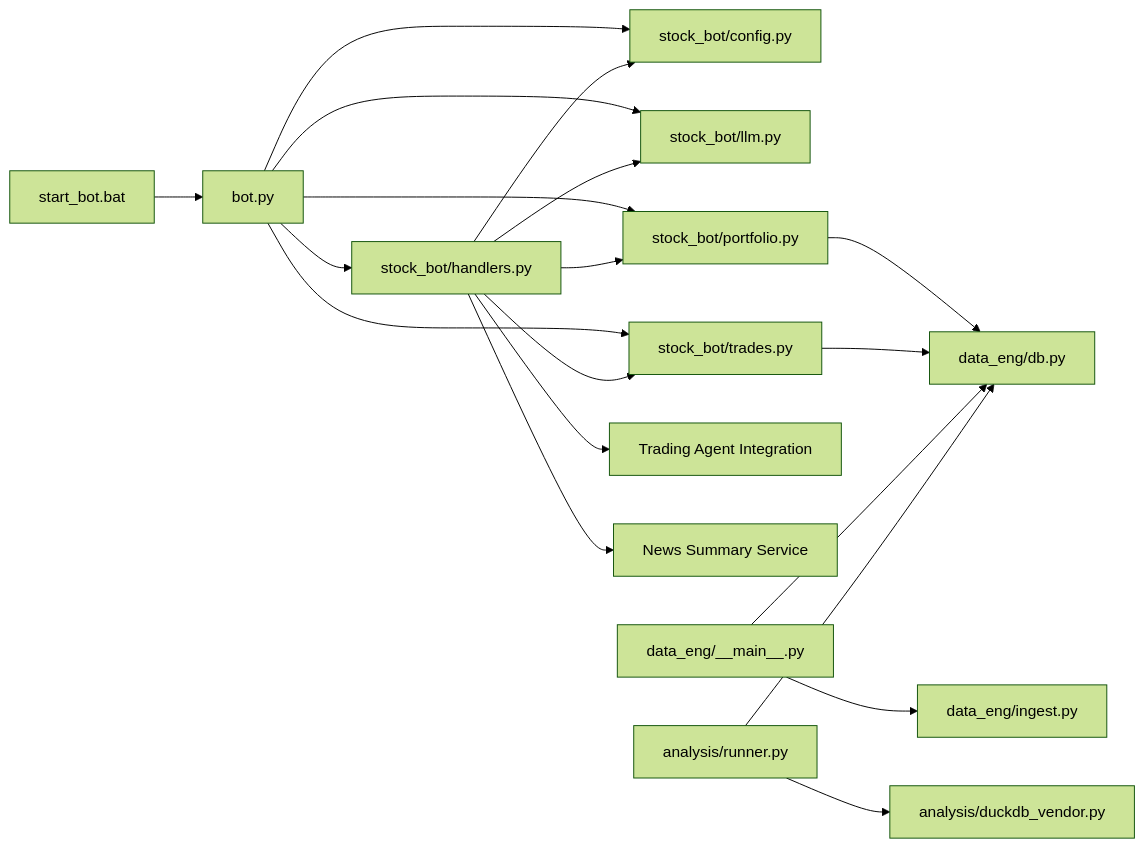
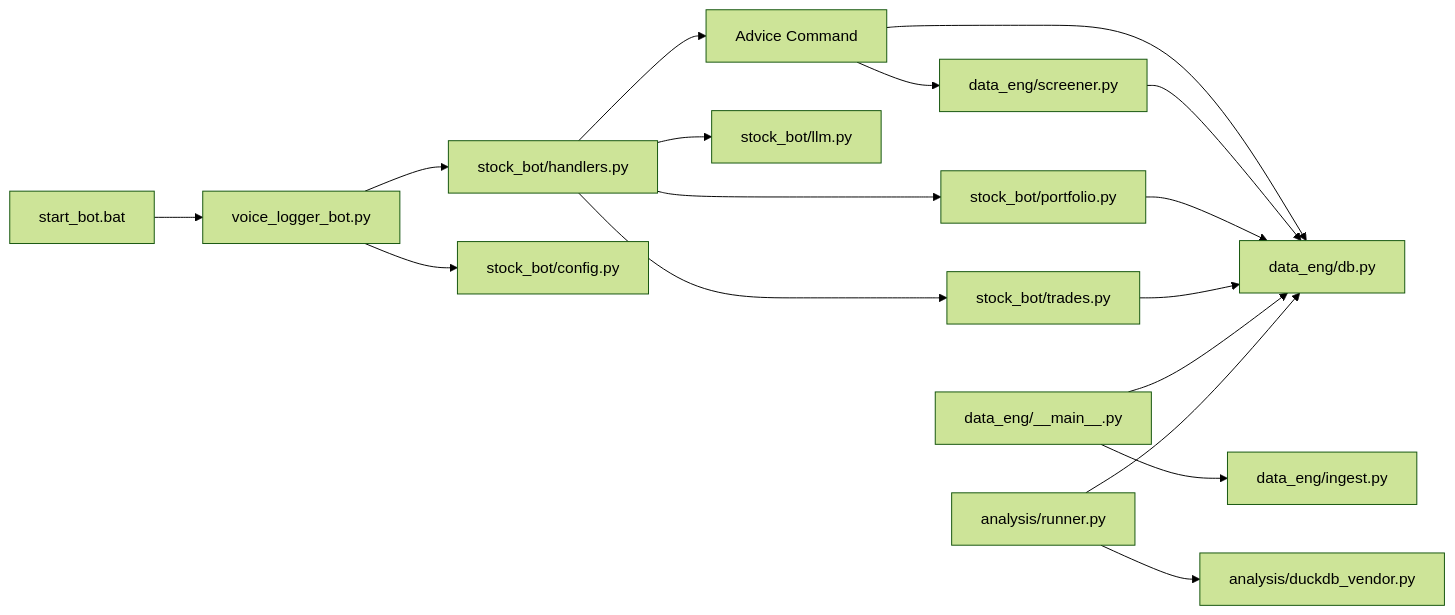
One commit to ZengSeng/telegram-bot changed the ninth of 9 diagrams in .qoder/repowiki/en/content/Core Components/Stock Trading Bot.md. Above: the diagram before and after it, drawn with Mermaid (forest theme). The commit also changed other lines of this file and 8 other files, not shown here.

````diff
--- a/.qoder/repowiki/en/content/Core Components/Stock Trading Bot.md
+++ b/.qoder/repowiki/en/content/Core Components/Stock Trading Bot.md
@@ -775,21 +677,19 @@
 ```mermaid
 graph LR
-BOT["bot.py"] --> HANDLERS["stock_bot/handlers.py"]
-BOT --> CFG["stock_bot/config.py"]
-BOT --> LLM["stock_bot/llm.py"]
-BOT --> PORTFOLIO["stock_bot/portfolio.py"]
-BOT --> TRADES["stock_bot/trades.py"]
-HANDLERS --> PORTFOLIO
-HANDLERS --> TRADES
-HANDLERS --> LLM
-HANDLERS --> CFG
-HANDLERS --> TRADING_AGENT["Trading Agent Integration"]
-HANDLERS --> NEWS_SERVICE["News Summary Service"]
-PORTFOLIO --> DB["data_eng/db.py"]
+VOICE["voice_logger_bot.py"] --> HANDLERS["stock_bot/handlers.py"]
+VOICE --> CFG["stock_bot/config.py"]
+HANDLERS --> ADVICE["Advice Command"]
+HANDLERS --> PORTFOLIO["stock_bot/portfolio.py"]
+HANDLERS --> TRADES["stock_bot/trades.py"]
+HANDLERS --> LLM["stock_bot/llm.py"]
+ADVICE --> SCREENER["data_eng/screener.py"]
+ADVICE --> DB["data_eng/db.py"]
+SCREENER --> DB
+PORTFOLIO --> DB
 TRADES --> DB
 DATA_MAIN["data_eng/__main__.py"] --> INGEST["data_eng/ingest.py"]
 DATA_MAIN --> DB
 ANALYSIS_RUNNER["analysis/runner.py"] --> DUCK["analysis/duckdb_vendor.py"]
 ANALYSIS_RUNNER --> DB
-STARTBAT["start_bot.bat"] --> BOT
+STARTBAT["start_bot.bat"] --> VOICE
 ```
````
